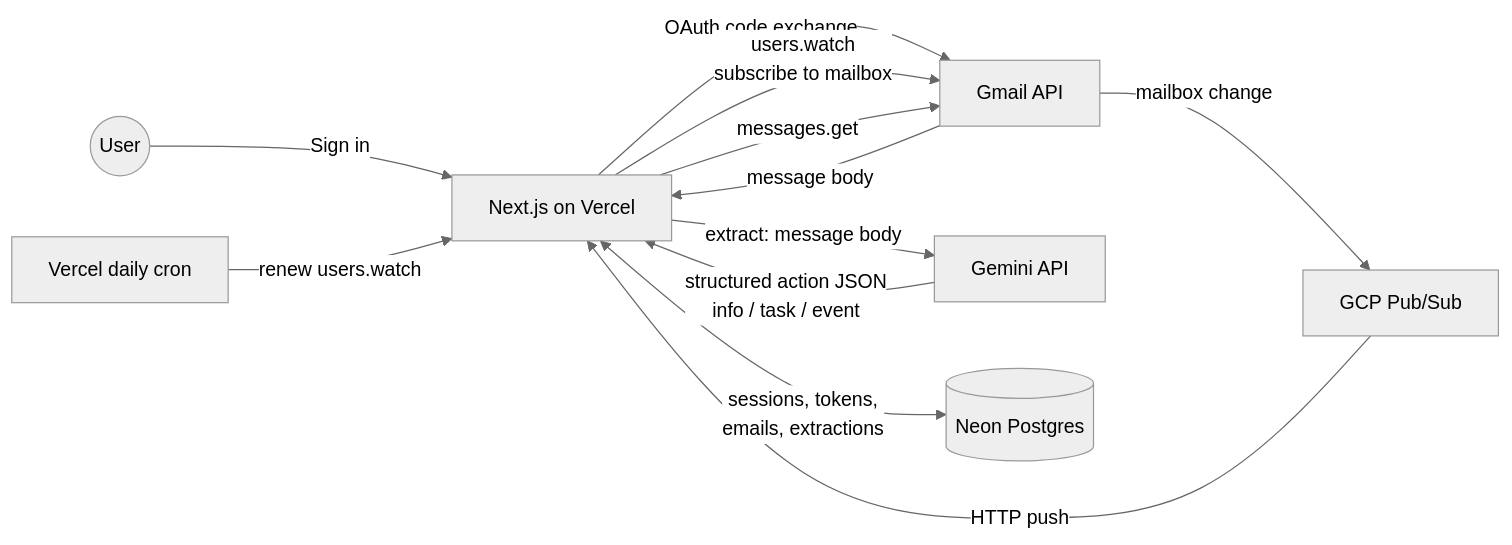
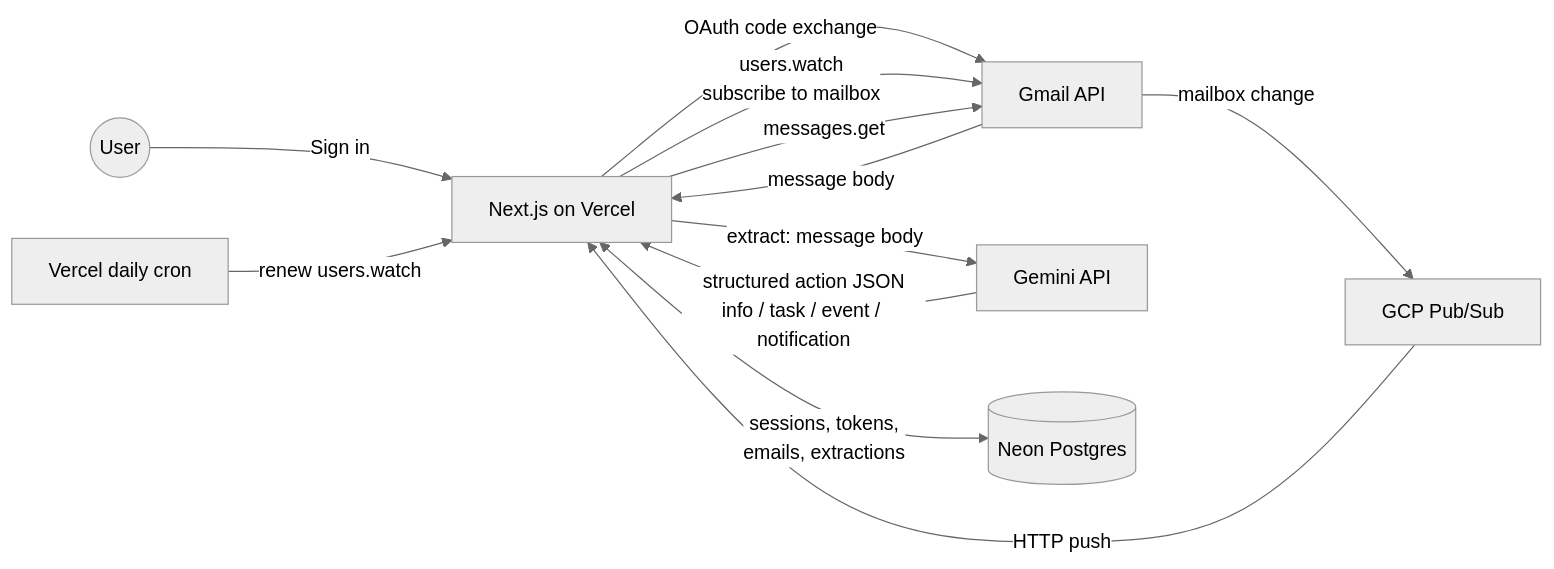
Before and after one commit to justinpxrk-dev/zero-mail: the diagram in docs/architecture/overview.md, drawn with Mermaid (neutral theme). The commit also changed other lines of this file and 7 other files, not shown here.

````diff
--- a/docs/architecture/overview.md
+++ b/docs/architecture/overview.md
@@ -18,14 +18,14 @@
 ```mermaid
 flowchart LR
   User((User)) -->|Sign in| Web
   Web[Next.js on Vercel] -->|OAuth code exchange| Gmail[Gmail API]
   Web -->|users.watch<br/>subscribe to mailbox| Gmail
   Gmail -->|mailbox change| PubSub[GCP Pub/Sub]
   PubSub -->|HTTP push| Web
   Web -->|messages.get| Gmail
   Gmail -->|message body| Web
   Web -->|extract: message body| Gemini[Gemini API]
-  Gemini -->|structured action JSON<br/>info / task / event| Web
+  Gemini -->|structured action JSON<br/>info / task / event / notification| Web
   Web <-->|sessions, tokens,<br/>emails, extractions| DB[(Neon Postgres)]
   Cron[Vercel daily cron] -->|renew users.watch| Web
 ```
````
